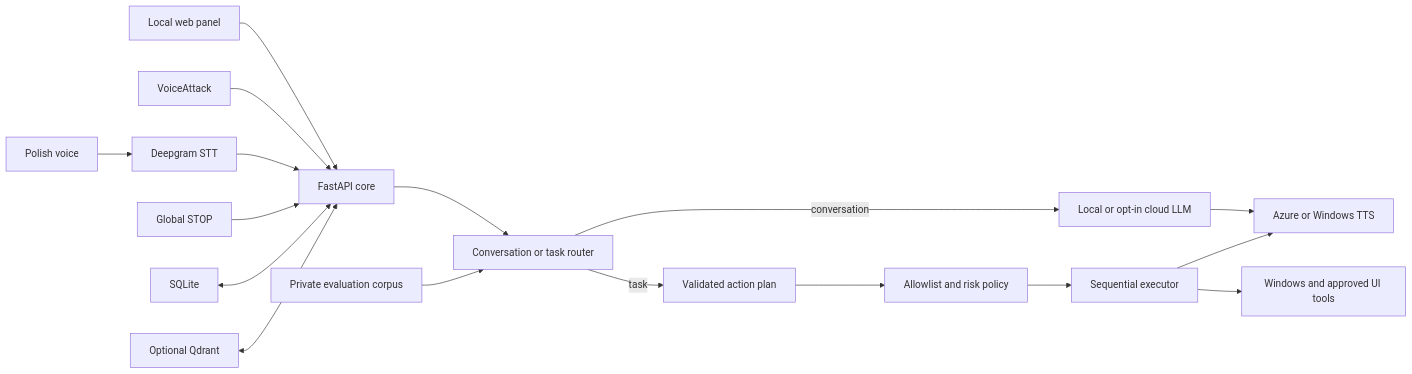
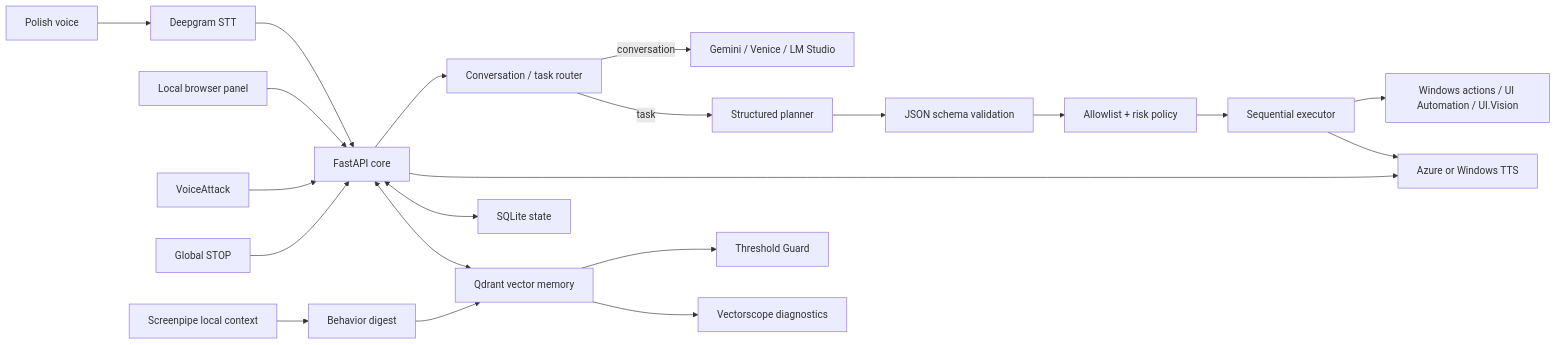
Before and after one commit to marcinromanowskilublin/VoiceLoop: the diagram in README.md, drawn with Mermaid. The commit also changed other lines of this file, not shown here.

First line of the commit message:
Przepisz README jako angielski opis portfolio VoiceLoop.

````diff
--- a/README.md
+++ b/README.md
@@ -96,22 +103,26 @@
 ```mermaid
 flowchart LR
     Voice["Polish voice"] --> STT["Deepgram STT"]
-    Panel["Local web panel"] --> Core["FastAPI core"]
-    VoiceAttack["VoiceAttack"] --> Core
+    Panel["Local browser panel"] --> Core["FastAPI core"]
+    VA["VoiceAttack"] --> Core
     STT --> Core
 
-    Core --> Router["Conversation or task router"]
-    Router -->|"conversation"| LLM["Local or opt-in cloud LLM"]
-    Router -->|"task"| Plan["Validated action plan"]
-    Plan --> Policy["Allowlist and risk policy"]
+    Core --> Router["Conversation / task router"]
+    Router -->|"conversation"| LLM["Gemini / Venice / LM Studio"]
+    Router -->|"task"| Planner["Structured planner"]
+    Planner --> Schema["JSON schema validation"]
+    Schema --> Policy["Allowlist + risk policy"]
     Policy --> Executor["Sequential executor"]
-    Executor --> Windows["Windows and approved UI tools"]
+    Executor --> Windows["Windows actions / UI Automation / UI.Vision"]
 
-    LLM --> TTS["Azure or Windows TTS"]
+    Core --> TTS["Azure or Windows TTS"]
     Executor --> TTS
     Stop["Global STOP"] --> Core
 
-    SQLite["SQLite"] <--> Core
-    Qdrant["Optional Qdrant"] <--> Core
-    Corpus["Private evaluation corpus"] --> Router
+    Core <--> SQLite["SQLite state"]
+    Core <--> Qdrant["Qdrant vector memory"]
+    Screenpipe["Screenpipe local context"] --> Digest["Behavior digest"]
+    Digest --> Qdrant
+    Qdrant --> Guard["Threshold Guard"]
+    Qdrant --> Vectorscope["Vectorscope diagnostics"]
 ```
````
